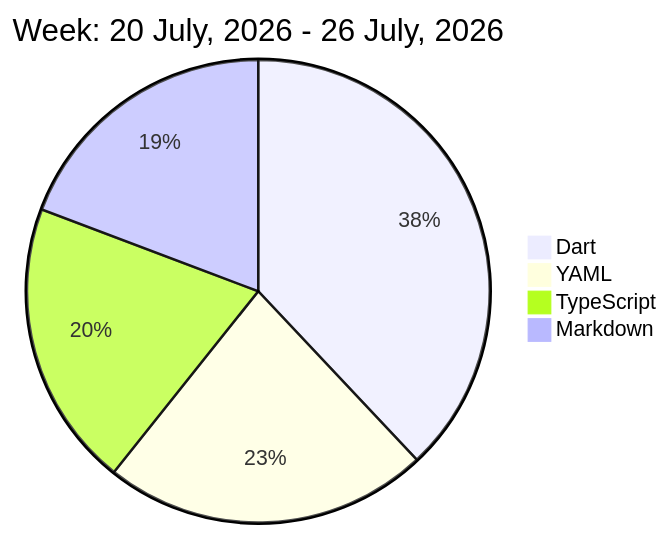
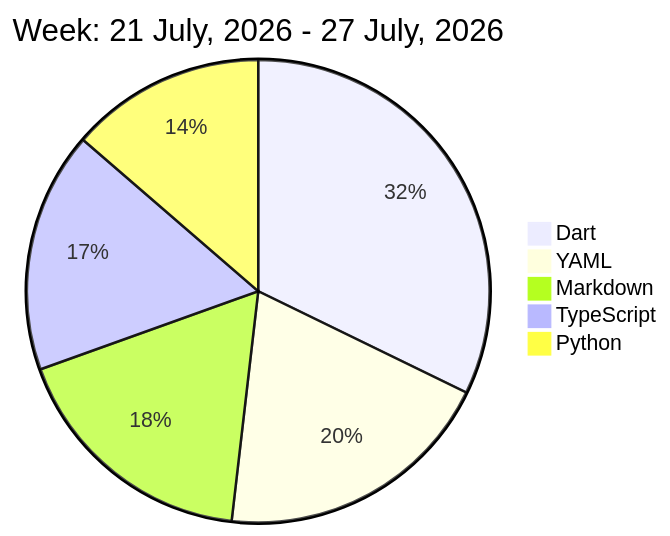
One commit to liubin95/liubin95 changed the diagram in README.md. Above: the diagram before and after it, drawn with Mermaid.

Commit message:
Updated the Graph with new Metrics

````diff
--- a/README.md
+++ b/README.md
@@ -32,8 +32,9 @@
 ```mermaid
  pie
-title Week: 20 July, 2026 - 26 July, 2026
- "Dart" : 7.3
- "YAML" : 4.37
- "TypeScript" : 3.85
- "Markdown" : 3.7
+title Week: 21 July, 2026 - 27 July, 2026
+ "Dart" : 6.32
+ "YAML" : 3.85
+ "Markdown" : 3.47
+ "TypeScript" : 3.3
+ "Python" : 2.68
 ```
````
